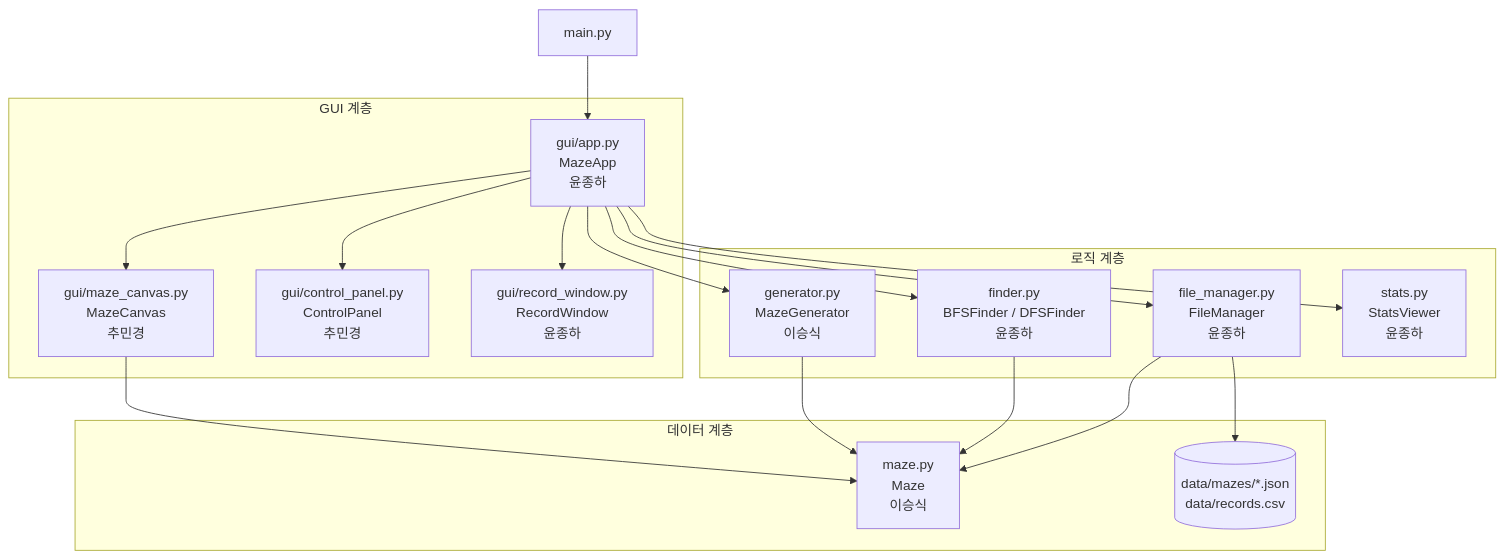
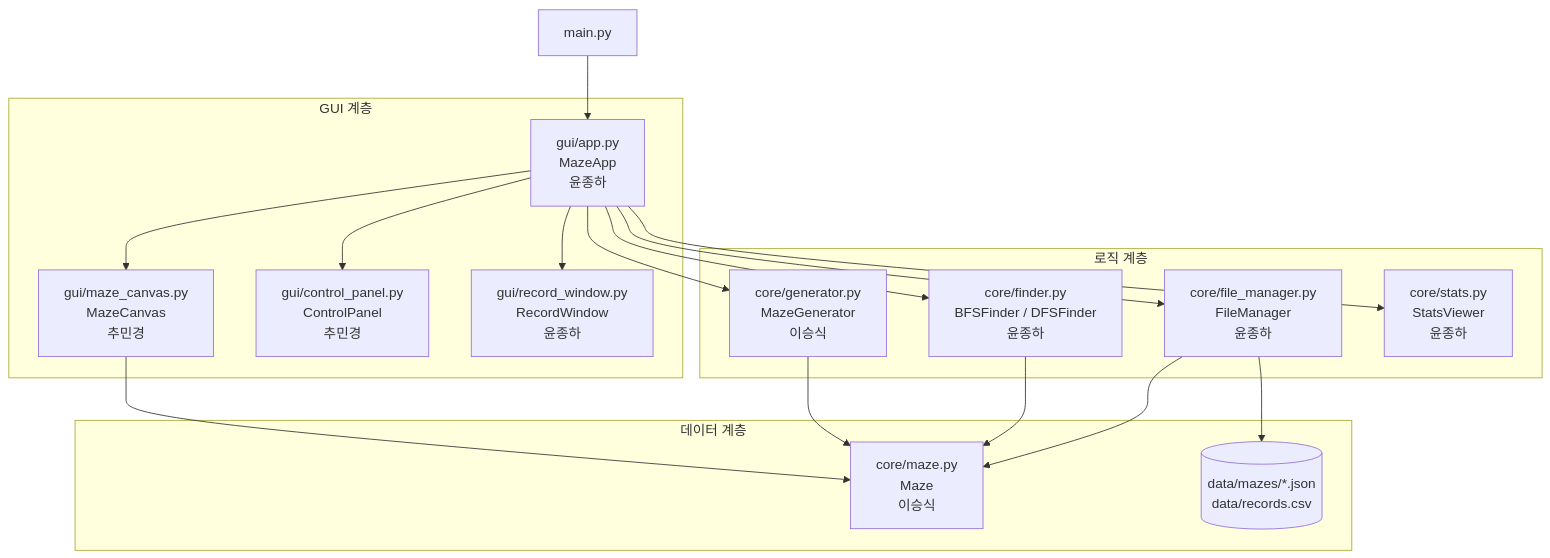
Before and after one commit to dontcal1me/PP2-PROJECT: the first of 2 diagrams in README.md, drawn with Mermaid. The commit also changed other lines of this file and 10 other files, not shown here.

````diff
--- a/README.md
+++ b/README.md
@@ -693,32 +695,32 @@
 ```mermaid
 flowchart TD
     main[main.py] --> app[gui/app.py<br/>MazeApp<br/>윤종하]
 
     subgraph L1 [GUI 계층]
         app --> canvas[gui/maze_canvas.py<br/>MazeCanvas<br/>추민경]
         app --> panel[gui/control_panel.py<br/>ControlPanel<br/>추민경]
         app --> record[gui/record_window.py<br/>RecordWindow<br/>윤종하]
     end
 
     subgraph L2 [로직 계층]
-        gen[generator.py<br/>MazeGenerator<br/>이승식]
-        finder[finder.py<br/>BFSFinder / DFSFinder<br/>윤종하]
-        fm[file_manager.py<br/>FileManager<br/>윤종하]
-        stats[stats.py<br/>StatsViewer<br/>윤종하]
+        gen[core/generator.py<br/>MazeGenerator<br/>이승식]
+        finder[core/finder.py<br/>BFSFinder / DFSFinder<br/>윤종하]
+        fm[core/file_manager.py<br/>FileManager<br/>윤종하]
+        stats[core/stats.py<br/>StatsViewer<br/>윤종하]
     end
 
     subgraph L3 [데이터 계층]
-        maze[maze.py<br/>Maze<br/>이승식]
+        maze[core/maze.py<br/>Maze<br/>이승식]
         files[(data/mazes/*.json<br/>data/records.csv)]
     end
 
     app --> gen
     app --> finder
     app --> fm
     app --> stats
     canvas --> maze
     gen --> maze
     finder --> maze
     fm --> maze
     fm --> files
 ```
````
